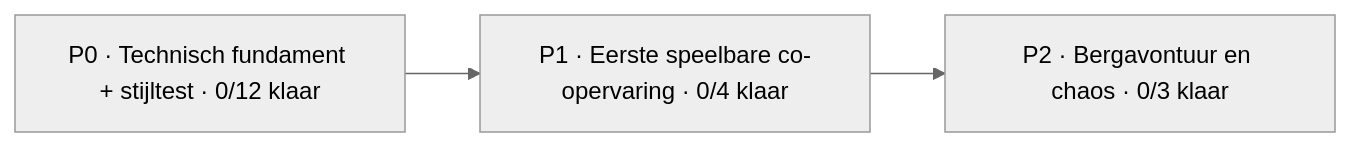
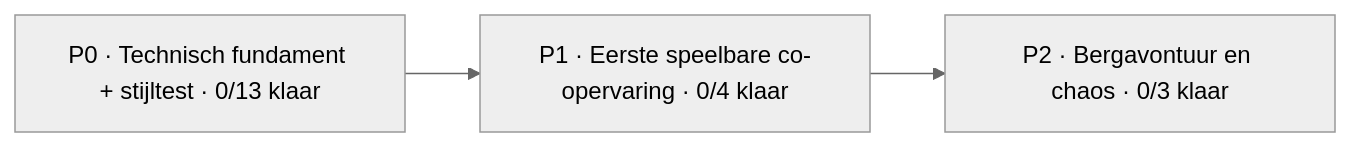
Before and after one commit to mlemson/conductor-chaos: the diagram in Docs/PROJECT_BOARD.md, drawn with Mermaid (neutral theme). The commit also changed other lines of this file, not shown here.

````diff
--- a/Docs/PROJECT_BOARD.md
+++ b/Docs/PROJECT_BOARD.md
@@ -13,7 +13,7 @@
 ```mermaid
 flowchart LR
-    P0["P0 · Technisch fundament + stijltest · 0/12 klaar"]
+    P0["P0 · Technisch fundament + stijltest · 0/13 klaar"]
     P1["P1 · Eerste speelbare co-opervaring · 0/4 klaar"]
     P2["P2 · Bergavontuur en chaos · 0/3 klaar"]
     P0 --> P1 --> P2
 ```
````
